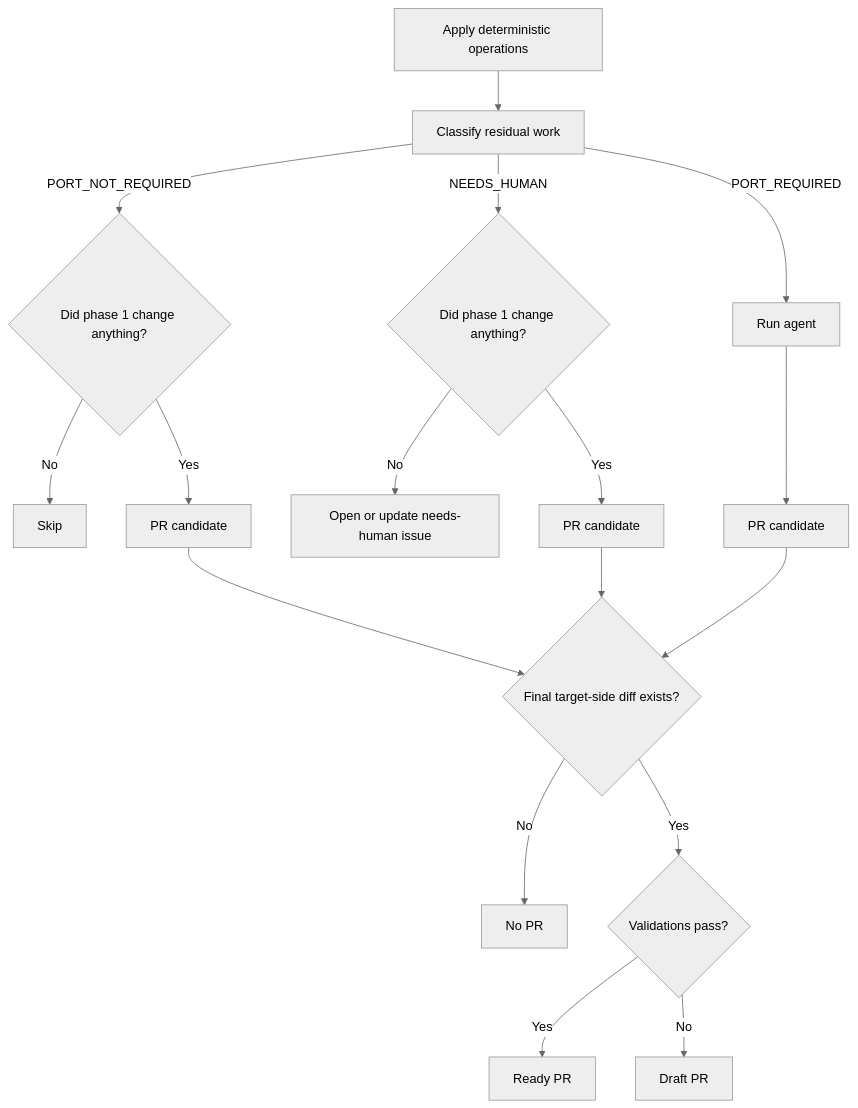
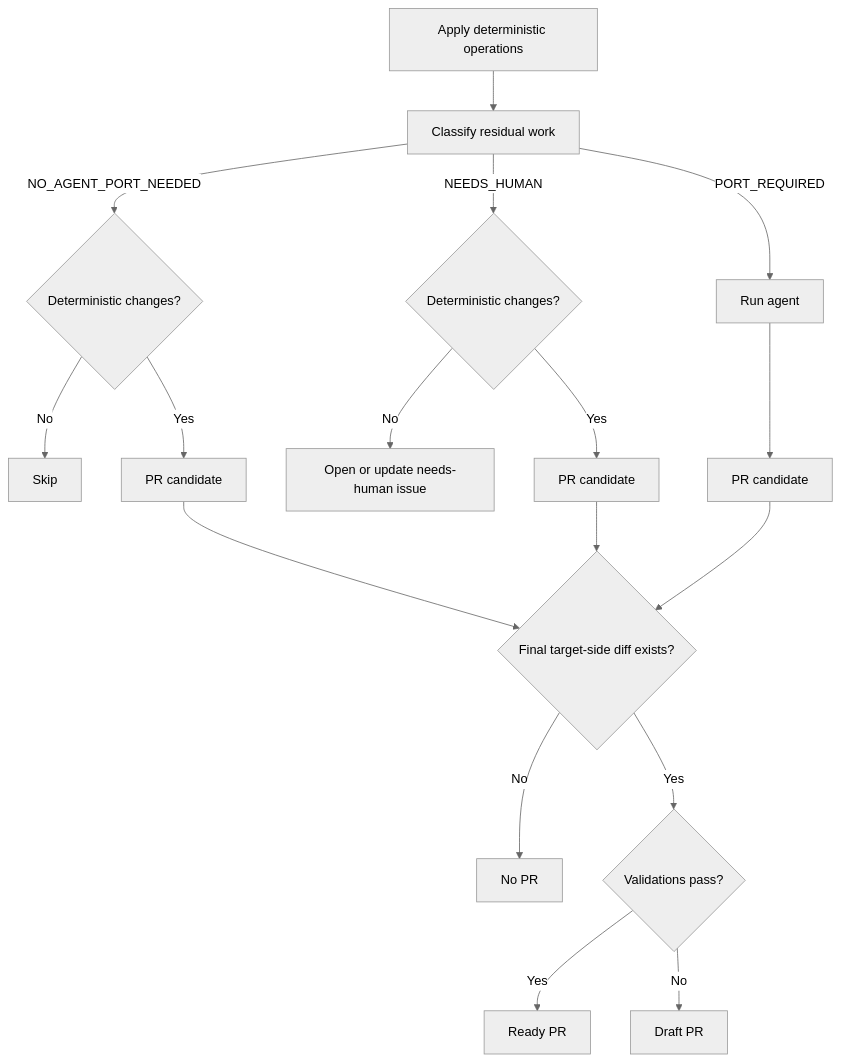
Before and after one commit to superbuilders/repo-port-bot: the first of 2 diagrams in docs/arch/state-machine.md, drawn with Mermaid (neutral theme). The commit also changed other lines of this file and 22 other files, not shown here.

````diff
--- a/docs/arch/state-machine.md
+++ b/docs/arch/state-machine.md
@@ -102,25 +105,25 @@
 ```mermaid
 flowchart TD
     A[Apply deterministic operations] --> B[Classify residual work]
 
-    B -->|PORT_NOT_REQUIRED| C{Did phase 1 change anything?}
+    B -->|NO_AGENT_PORT_NEEDED| C{Deterministic changes?}
     C -->|No| D[Skip]
     C -->|Yes| E[PR candidate]
 
-    B -->|NEEDS_HUMAN| F{Did phase 1 change anything?}
+    B -->|NEEDS_HUMAN| F{Deterministic changes?}
     F -->|No| G[Open or update needs-human issue]
     F -->|Yes| H[PR candidate]
 
     B -->|PORT_REQUIRED| I[Run agent]
     I --> J[PR candidate]
 
     E --> K{Final target-side diff exists?}
     H --> K
     J --> K
 
     K -->|No| L[No PR]
     K -->|Yes| M{Validations pass?}
 
     M -->|Yes| N[Ready PR]
     M -->|No| O[Draft PR]
 ```
````
